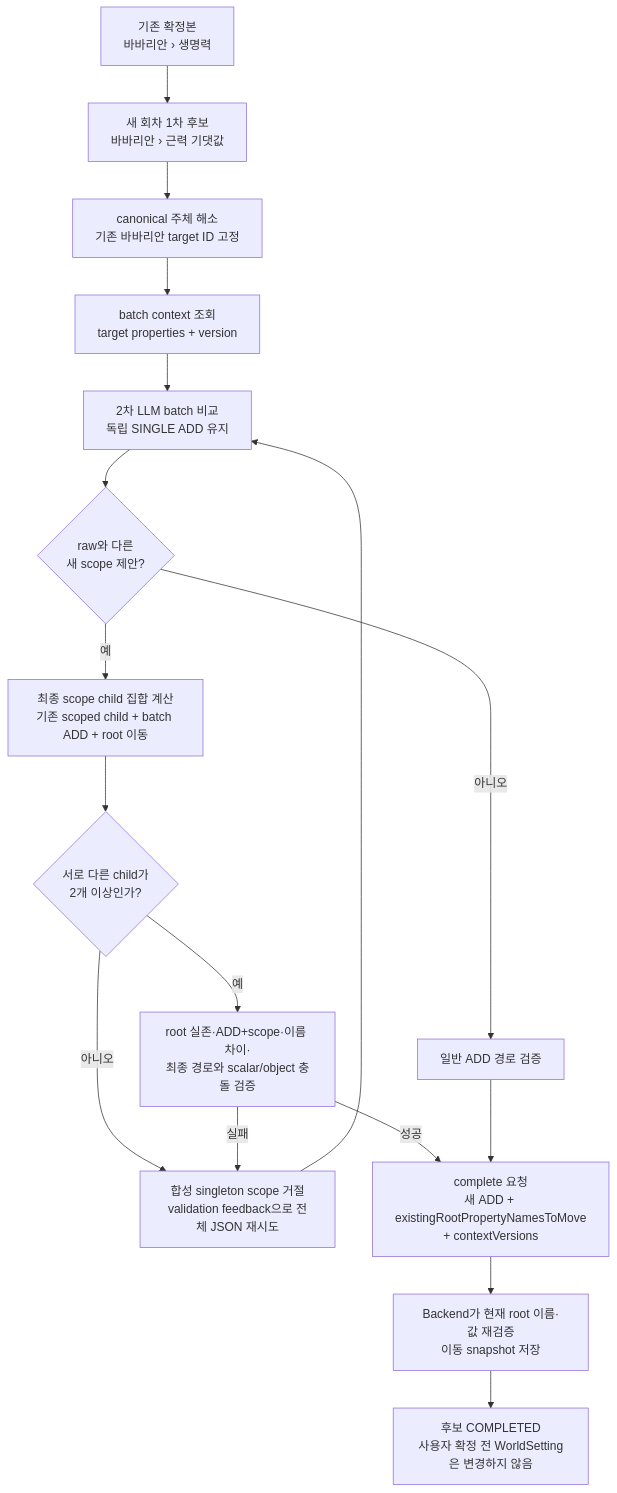
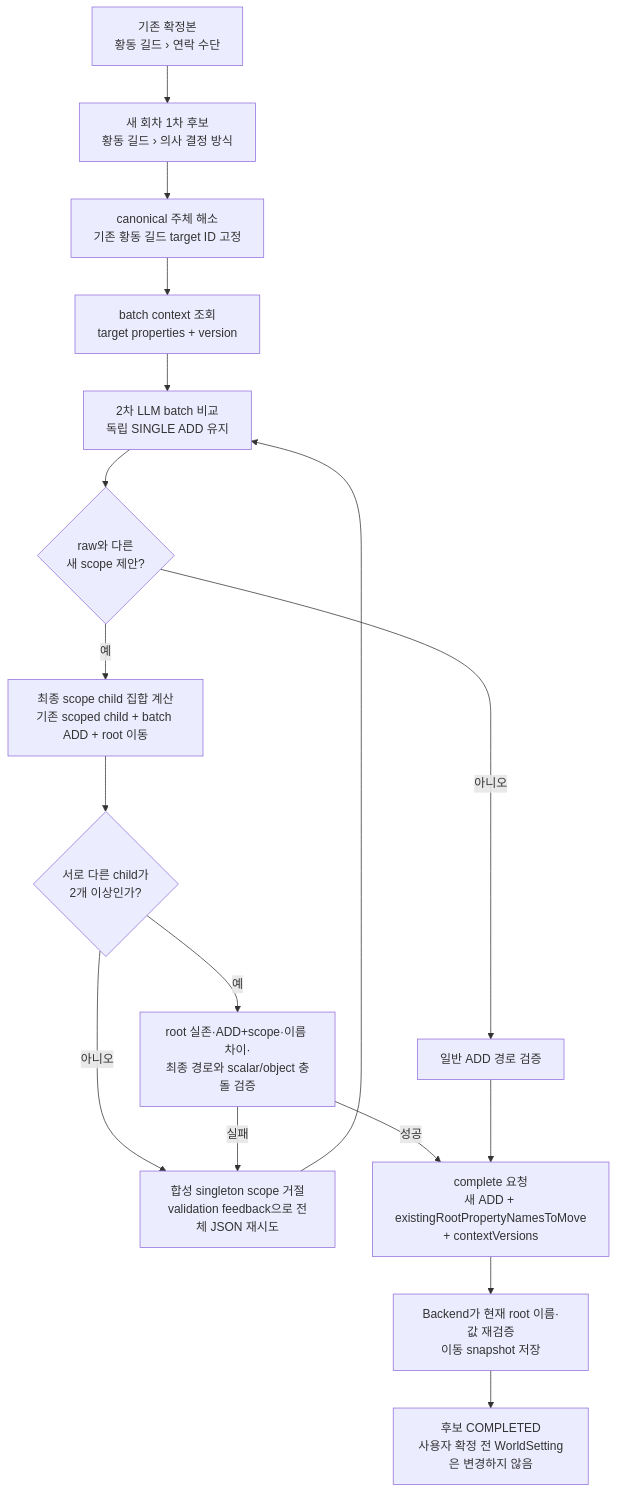
Before and after one commit to catchhole-soma/catchhole-backend-ai: the second of 4 diagrams in docs/ai-worker-workflow.md, drawn with Mermaid. The commit also changed other lines of this file and 26 other files, not shown here.

````diff
--- a/docs/ai-worker-workflow.md
+++ b/docs/ai-worker-workflow.md
@@ -212,19 +212,19 @@
 ```mermaid
 flowchart TD
-    A["기존 확정본<br/>바바리안 › 생명력"] --> B["새 회차 1차 후보<br/>바바리안 › 근력 기댓값"]
-    B --> C["canonical 주체 해소<br/>기존 바바리안 target ID 고정"]
+    A["기존 확정본<br/>황동 길드 › 연락 수단"] --> B["새 회차 1차 후보<br/>황동 길드 › 의사 결정 방식"]
+    B --> C["canonical 주체 해소<br/>기존 황동 길드 target ID 고정"]
     C --> D["batch context 조회<br/>target properties + version"]
     D --> E["2차 LLM batch 비교<br/>독립 SINGLE ADD 유지"]
     E --> F{"raw와 다른<br/>새 scope 제안?"}
     F -- "아니오" --> G["일반 ADD 경로 검증"]
     F -- "예" --> H["최종 scope child 집합 계산<br/>기존 scoped child + batch ADD + root 이동"]
     H --> I{"서로 다른 child가<br/>2개 이상인가?"}
     I -- "아니오" --> J["합성 singleton scope 거절<br/>validation feedback으로 전체 JSON 재시도"]
     J --> E
     I -- "예" --> K["root 실존·ADD+scope·이름 차이·<br/>최종 경로와 scalar/object 충돌 검증"]
     K -- "실패" --> J
     K -- "성공" --> L["complete 요청<br/>새 ADD + existingRootPropertyNamesToMove<br/>+ contextVersions"]
     G --> L
     L --> M["Backend가 현재 root 이름·값 재검증<br/>이동 snapshot 저장"]
     M --> N["후보 COMPLETED<br/>사용자 확정 전 WorldSetting은 변경하지 않음"]
 ```
````
